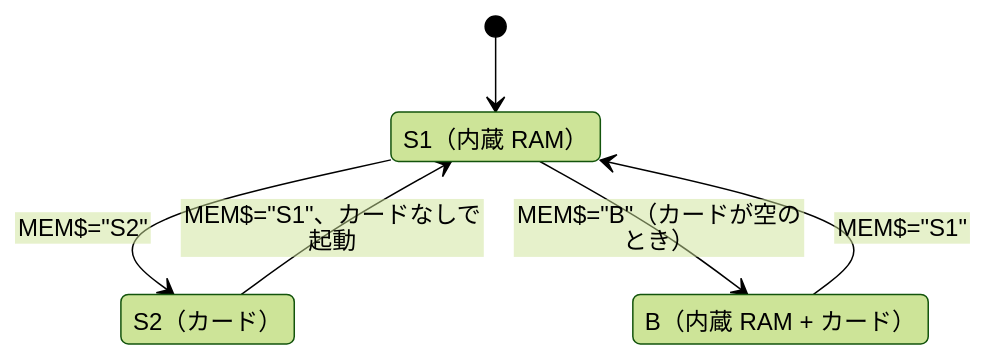
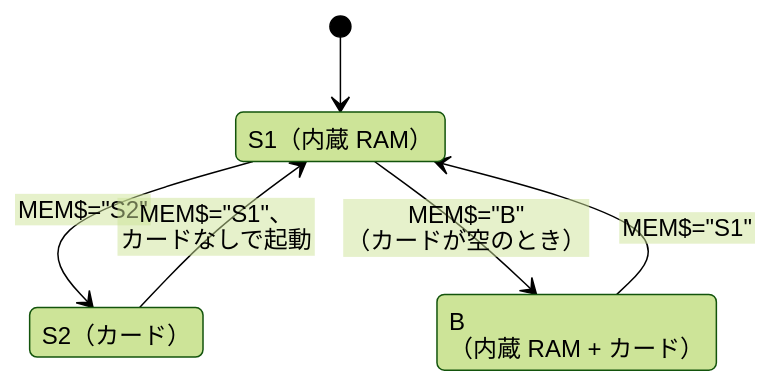
Before and after one commit to litchi-gh/pc-e500_tools: the second of 6 diagrams in docs/analysis/05_CARD_SLOT.md, drawn with Mermaid (forest theme). The commit also changed other lines of this file and 14 other files, not shown here.

First line of the commit message:
Docs: wrap state diagram and timeline labels by hand

````diff
--- a/docs/analysis/05_CARD_SLOT.md
+++ b/docs/analysis/05_CARD_SLOT.md
@@ -298,12 +298,12 @@
 ```mermaid
 %%{init: {"htmlLabels": false, "flowchart": {"htmlLabels": false, "wrappingWidth": 1000}}}%%
 stateDiagram-v2
     S1: S1（内蔵 RAM）
     S2: S2（カード）
-    B: B（内蔵 RAM + カード）
+    B: B<br>（内蔵 RAM<br>+ カード）
     [*] --> S1
     S1 --> S2: MEM$="S2"
-    S2 --> S1: MEM$="S1"、カードなしで起動
-    S1 --> B: MEM$="B"（カードが空のとき）
+    S2 --> S1: MEM$="S1"、<br>カードなしで起動
+    S1 --> B: MEM$="B"<br>（カードが空のとき）
     B --> S1: MEM$="S1"
 ```
````
